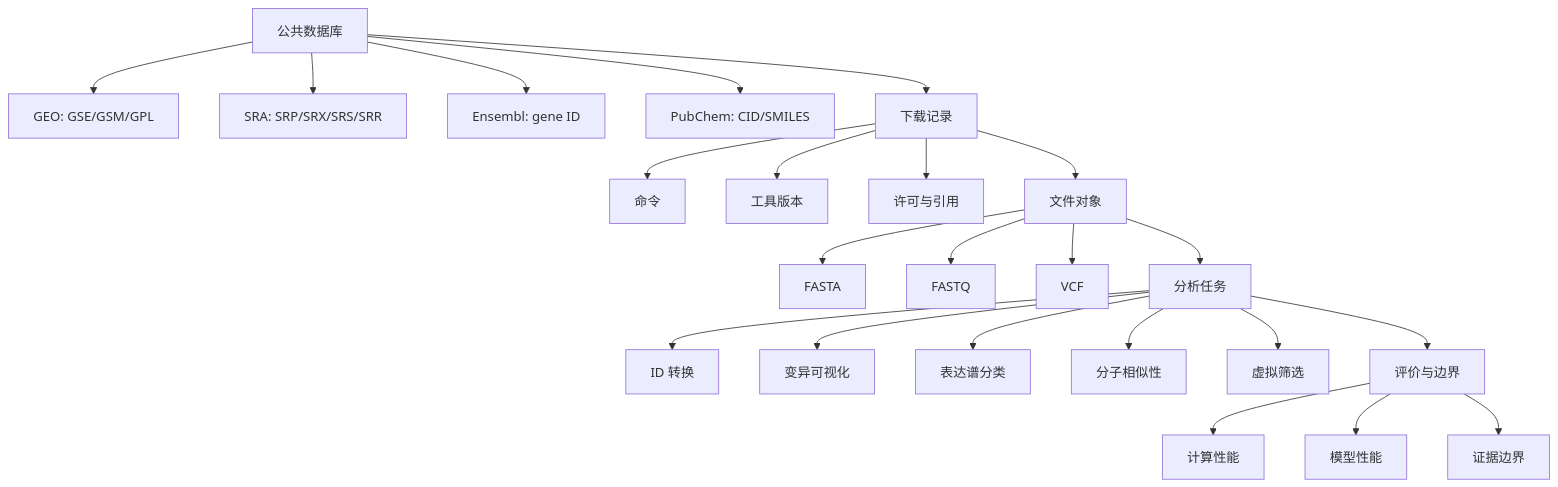
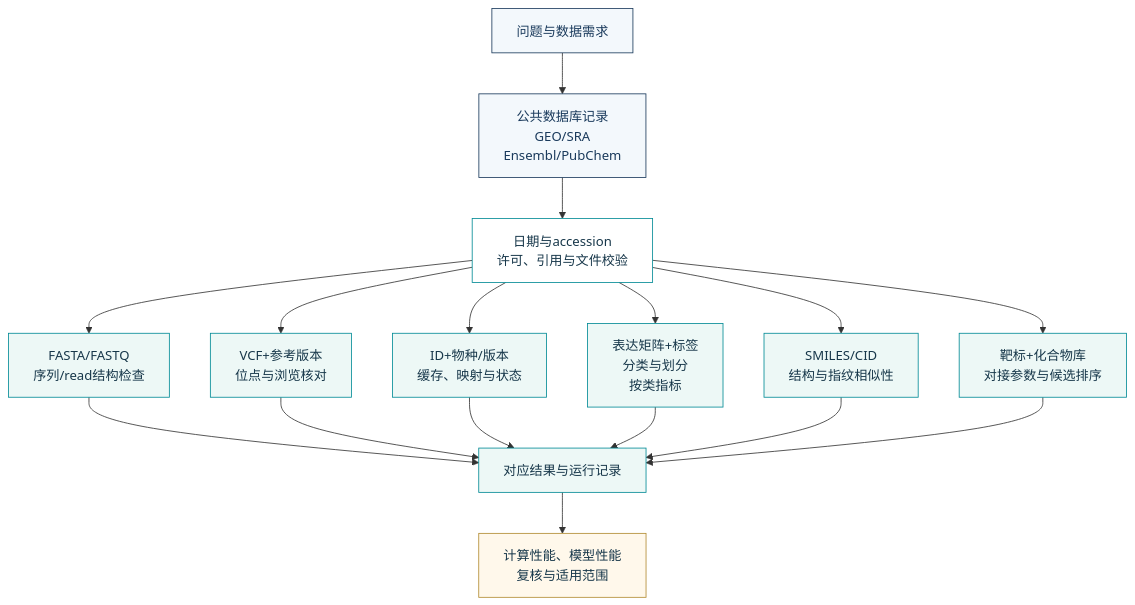
Before and after one commit to luvega/AI_MED_DataVis: the fourth of 4 diagrams in docs/chapters/chapter-13/index.md, drawn with Mermaid. The commit also changed other lines of this file and 30 other files, not shown here.

Commit message:
Redraw textbook diagrams and correct data-flow relationships

````diff
--- a/docs/chapters/chapter-13/index.md
+++ b/docs/chapters/chapter-13/index.md
@@ -468,22 +503,27 @@
 ```mermaid
 flowchart TB
-  A["公共数据库"] --> A1["GEO: GSE/GSM/GPL"]
-  A --> A2["SRA: SRP/SRX/SRS/SRR"]
-  A --> A3["Ensembl: gene ID"]
-  A --> A4["PubChem: CID/SMILES"]
-  B["下载记录"] --> B1["命令"]
-  B --> B2["工具版本"]
-  B --> B3["许可与引用"]
-  C["文件对象"] --> C1["FASTA"]
-  C --> C2["FASTQ"]
-  C --> C3["VCF"]
-  D["分析任务"] --> D1["ID 转换"]
-  D --> D2["变异可视化"]
-  D --> D3["表达谱分类"]
-  D --> D4["分子相似性"]
-  D --> D5["虚拟筛选"]
-  E["评价与边界"] --> E1["计算性能"]
-  E --> E2["模型性能"]
-  E --> E3["证据边界"]
-  A --> B --> C --> D --> E
+  Q["问题与数据需求"] --> R["公共数据库记录<br/>GEO/SRA<br/>Ensembl/PubChem"]
+  R --> M["日期与accession<br/>许可、引用与文件校验"]
+  M --> S["FASTA/FASTQ<br/>序列/read结构检查"]
+  M --> V["VCF+参考版本<br/>位点与浏览核对"]
+  M --> I["ID+物种/版本<br/>缓存、映射与状态"]
+  M --> E["表达矩阵+标签<br/>分类与划分<br/>按类指标"]
+  M --> C["SMILES/CID<br/>结构与指纹相似性"]
+  M --> D["靶标+化合物库<br/>对接参数与候选排序"]
+  S --> O["对应结果与运行记录"]
+  V --> O
+  I --> O
+  E --> O
+  C --> O
+  D --> O
+  O --> P["计算性能、模型性能<br/>复核与适用范围"]
+  class Q,R input;
+  class M process;
+  class S,V,I,E,C,D,O result;
+  class P review;
+
+  classDef input fill:#F3F8FC,stroke:#1A3A5C,color:#1A3A5C;
+  classDef process fill:#FFFFFF,stroke:#008A95,color:#17374A;
+  classDef result fill:#EDF8F6,stroke:#008A95,color:#17374A;
+  classDef review fill:#FFF8EB,stroke:#B18B31,color:#17374A;
 ```
````
